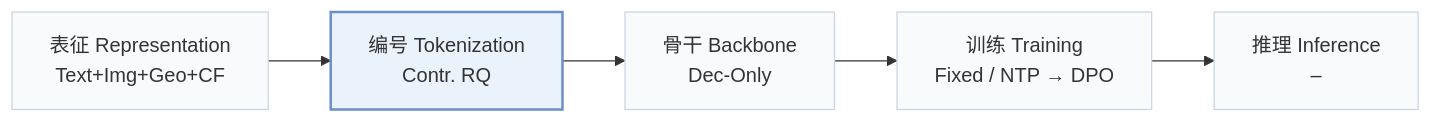
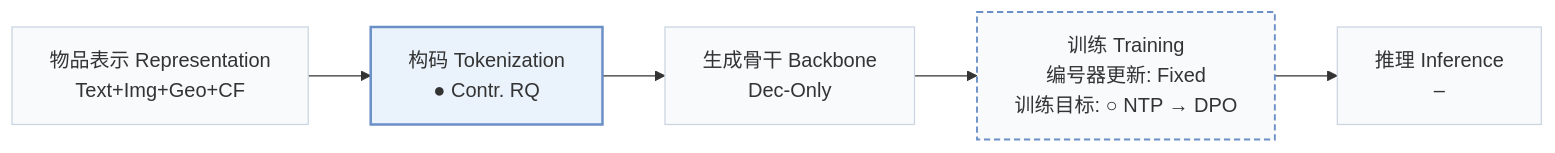
Before and after one commit to Galaxy-ghost/Awesome-SID-Generative-Rec: the first of 3 diagrams in pages/zh/papers/gwhere.md, drawn with Mermaid. The commit also changed other lines of this file and 558 other files, not shown here.

````diff
--- a/pages/zh/papers/gwhere.md
+++ b/pages/zh/papers/gwhere.md
@@ -15,8 +18,10 @@
 ```mermaid
 flowchart LR
-    R["表征 Representation<br/>Text+Img+Geo+CF"] --> T["编号 Tokenization<br/>Contr. RQ"] --> B["骨干 Backbone<br/>Dec-Only"] --> TR["训练 Training<br/>Fixed / NTP → DPO"] --> I["推理 Inference<br/>–"]
+    R["物品表示 Representation<br/>Text+Img+Geo+CF"] --> T["构码 Tokenization<br/>● Contr. RQ"] --> B["生成骨干 Backbone<br/>Dec-Only"] --> TR["训练 Training<br/>编号器更新: Fixed<br/>训练目标: ○ NTP → DPO"] --> I["推理 Inference<br/>–"]
     classDef base fill:#f8fafc,stroke:#cbd5e1
     class R,T,B,TR,I base
+    classDef other fill:#f8fafc,stroke:#6b8fc7,stroke-width:1.5px,stroke-dasharray:5 3
+    class TR other
     classDef main fill:#eaf2fb,stroke:#6b8fc7,stroke-width:2px
     class T main
 ```
````
